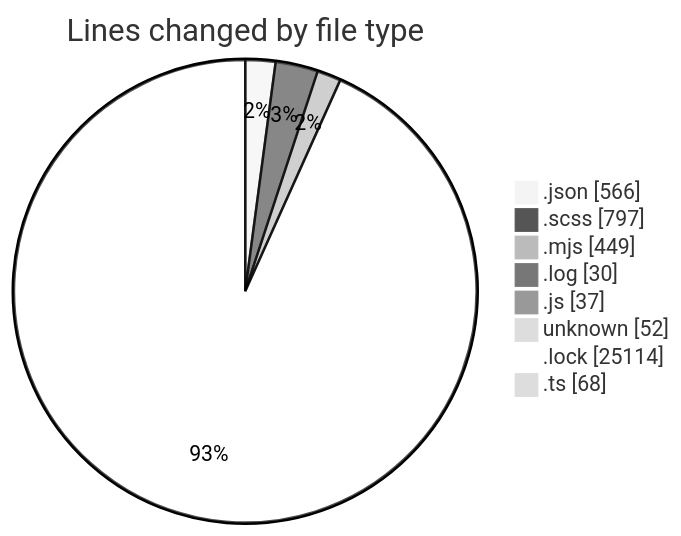
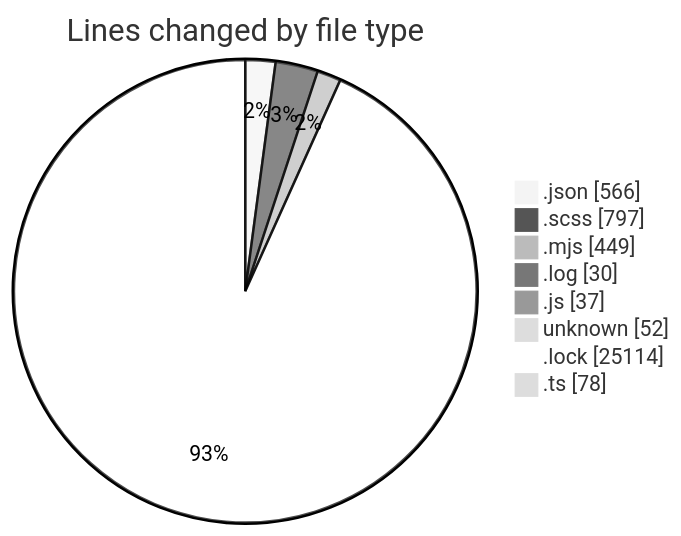
The first of 2 diagrams in 2026-08-12/cda/README.md (momahboobian/code-tracking), drawn with Mermaid (neutral theme) before and after one commit. The commit also changed other lines of this file and 1 other file, not shown here.

````diff
--- a/2026-08-12/cda/README.md
+++ b/2026-08-12/cda/README.md
@@ -41,12 +41,12 @@
 ```mermaid
 pie showData
 title Lines changed by file type
 ".json" : 566
 ".scss" : 797
 ".mjs" : 449
 ".log" : 30
 ".js" : 37
 "unknown" : 52
 ".lock" : 25114
-".ts" : 68
+".ts" : 78
 ```
````
